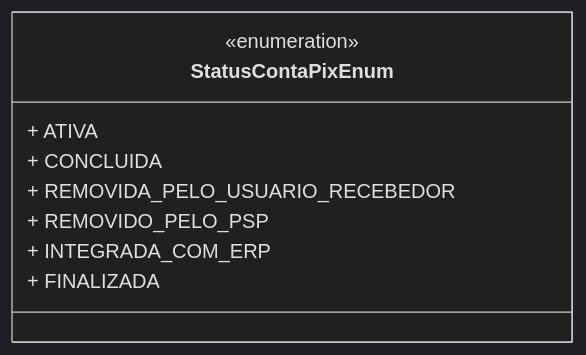
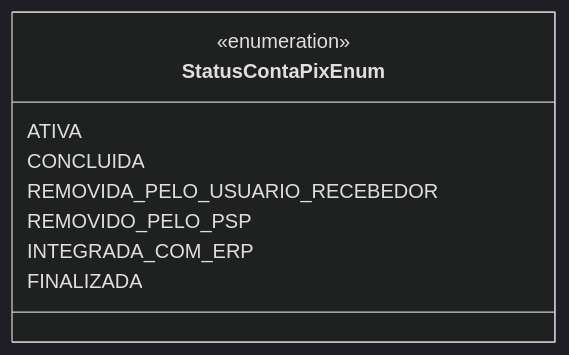
Before and after one commit to IsthmusSistemas/documentacao-tecnica: the diagram in docs/b2b-dominio/IsthmusWinthor.Nucleo/IsthmusWinthor.Dominio/Enumeradores/StatusContaPixEnum.md, drawn with Mermaid (dark theme). The commit also changed other lines of this file and 882 other files, not shown here.

````diff
--- a/docs/b2b-dominio/IsthmusWinthor.Nucleo/IsthmusWinthor.Dominio/Enumeradores/StatusContaPixEnum.md
+++ b/docs/b2b-dominio/IsthmusWinthor.Nucleo/IsthmusWinthor.Dominio/Enumeradores/StatusContaPixEnum.md
@@ -12,12 +26,12 @@
 ```mermaid
 classDiagram
     class StatusContaPixEnum {
         <<enumeration>>
-        + ATIVA
-        + CONCLUIDA
-        + REMOVIDA_PELO_USUARIO_RECEBEDOR
-        + REMOVIDO_PELO_PSP
-        + INTEGRADA_COM_ERP
-        + FINALIZADA
+        ATIVA
+        CONCLUIDA
+        REMOVIDA_PELO_USUARIO_RECEBEDOR
+        REMOVIDO_PELO_PSP
+        INTEGRADA_COM_ERP
+        FINALIZADA
     }
 ```
````
